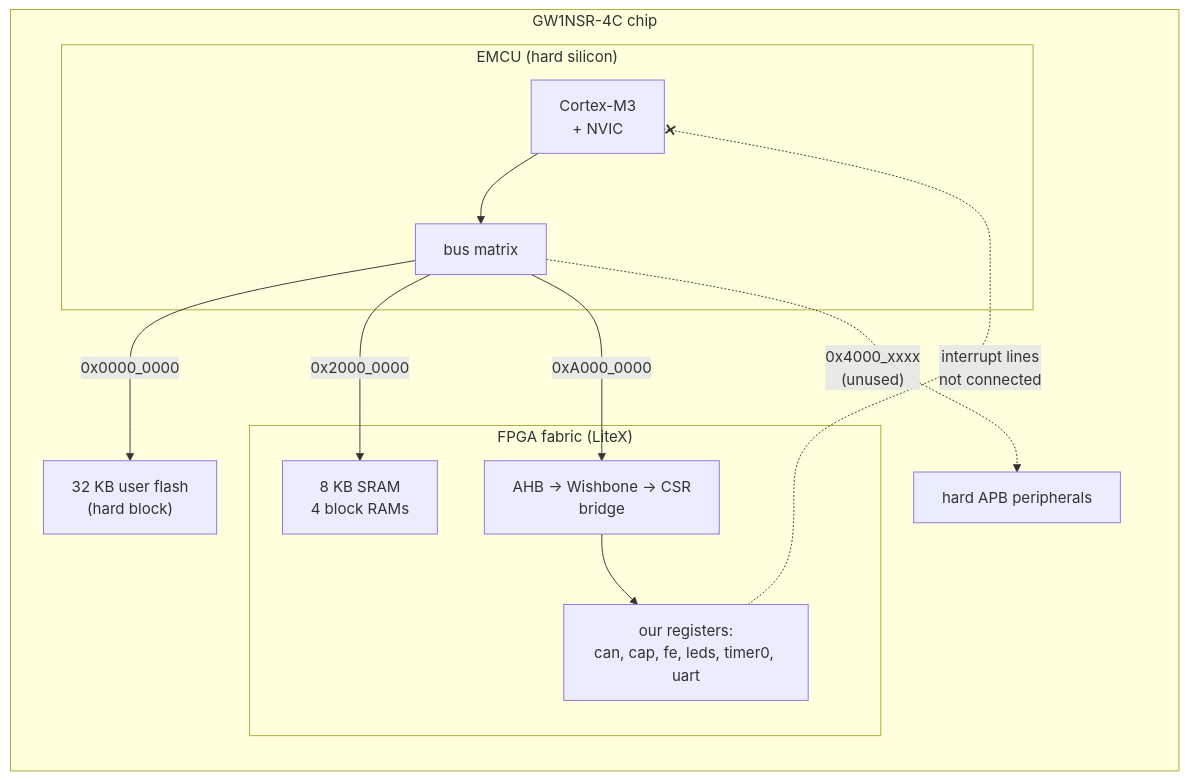
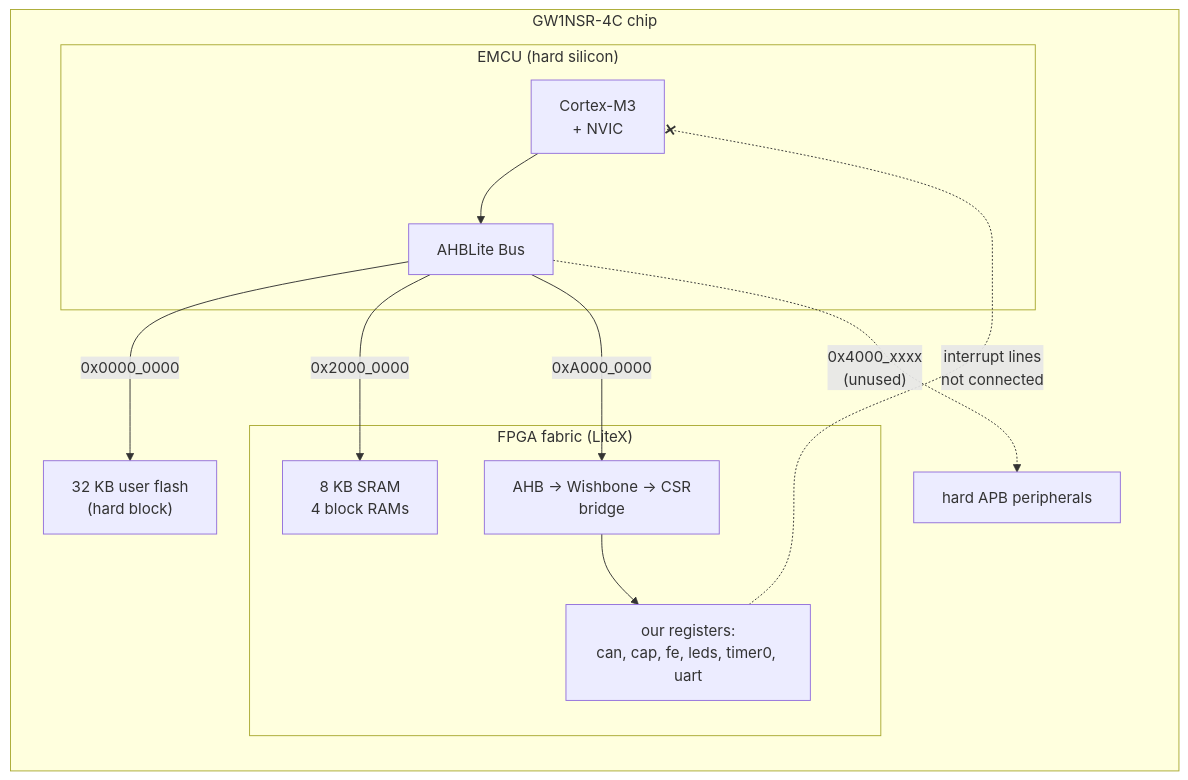
The third of 10 diagrams in src/content/blog/tang-nano-4k-litex.md (martiniio/MyWebsite), drawn with Mermaid before and after one commit.

Commit message:
Fixed typo in 3.3 Section diagram corect::AHBLite Bus

````diff
--- a/src/content/blog/tang-nano-4k-litex.md
+++ b/src/content/blog/tang-nano-4k-litex.md
@@ -105,18 +105,18 @@
 ```mermaid
 flowchart LR
     subgraph CHIP["GW1NSR-4C chip"]
         subgraph EMCU["EMCU (hard silicon)"]
-            M3["Cortex-M3<br/>+ NVIC"] --> BM["bus matrix"]
+            M3["Cortex-M3<br/>+ NVIC"] --> BM["AHBLite Bus"]
         end
         FL["32 KB user flash<br/>(hard block)"]
         subgraph FPGA["FPGA fabric (LiteX)"]
             S["8 KB SRAM<br/>4 block RAMs"]
             BR["AHB → Wishbone → CSR<br/>bridge"] --> REG["our registers:<br/>can, cap, fe, leds, timer0, uart"]
         end
         BM -->|"0x0000_0000"| FL
         BM -->|"0x2000_0000"| S
         BM -->|"0xA000_0000"| BR
         BM -.->|"0x4000_xxxx<br/>(unused)"| APB["hard APB peripherals"]
         REG -.-x|"interrupt lines<br/>not connected"| M3
     end
 ```
````
